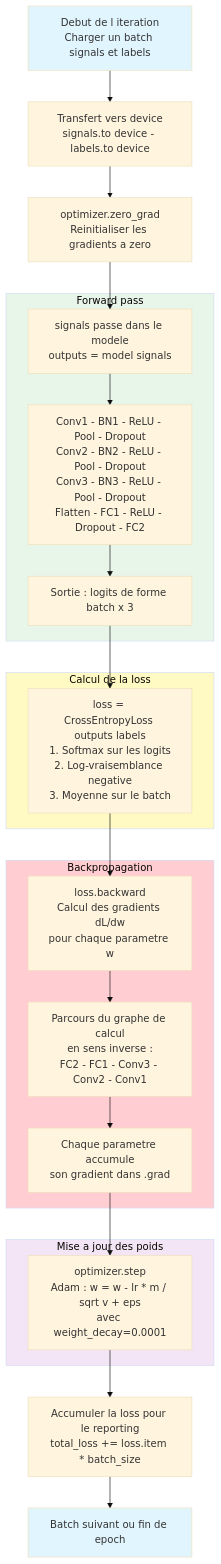
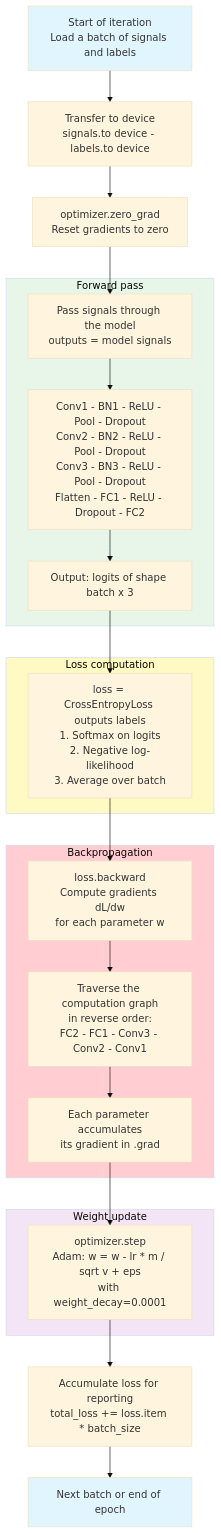
The second of 3 diagrams in architecture_et_entrainement.md (juju27fun/SMI_CNN_limitations), drawn with Mermaid (base theme) before and after one commit. The commit also changed other lines of this file and 49 other files, not shown here.

````diff
--- a/architecture_et_entrainement.md
+++ b/architecture_et_entrainement.md
@@ -76,43 +76,43 @@
 ```mermaid
 graph TD
-    START["Debut de l iteration<br/>Charger un batch signals et labels"]
-    TO_DEVICE["Transfert vers device<br/>signals.to device - labels.to device"]
-    ZERO_GRAD["optimizer.zero_grad<br/>Reinitialiser les gradients a zero"]
+    START["Start of iteration<br/>Load a batch of signals and labels"]
+    TO_DEVICE["Transfer to device<br/>signals.to device - labels.to device"]
+    ZERO_GRAD["optimizer.zero_grad<br/>Reset gradients to zero"]
 
     subgraph FORWARD["Forward pass"]
-        FWD1["signals passe dans le modele<br/>outputs = model signals"]
+        FWD1["Pass signals through the model<br/>outputs = model signals"]
         FWD2["Conv1 - BN1 - ReLU - Pool - Dropout<br/>Conv2 - BN2 - ReLU - Pool - Dropout<br/>Conv3 - BN3 - ReLU - Pool - Dropout<br/>Flatten - FC1 - ReLU - Dropout - FC2"]
-        FWD3["Sortie : logits de forme batch x 3"]
+        FWD3["Output: logits of shape batch x 3"]
     end
 
-    subgraph LOSS_CALC["Calcul de la loss"]
-        LOSS["loss = CrossEntropyLoss outputs labels<br/>1. Softmax sur les logits<br/>2. Log-vraisemblance negative<br/>3. Moyenne sur le batch"]
+    subgraph LOSS_CALC["Loss computation"]
+        LOSS["loss = CrossEntropyLoss outputs labels<br/>1. Softmax on logits<br/>2. Negative log-likelihood<br/>3. Average over batch"]
     end
 
     subgraph BACKWARD["Backpropagation"]
-        BACK1["loss.backward<br/>Calcul des gradients dL/dw<br/>pour chaque parametre w"]
-        BACK2["Parcours du graphe de calcul<br/>en sens inverse :<br/>FC2 - FC1 - Conv3 - Conv2 - Conv1"]
-        BACK3["Chaque parametre accumule<br/>son gradient dans .grad"]
+        BACK1["loss.backward<br/>Compute gradients dL/dw<br/>for each parameter w"]
+        BACK2["Traverse the computation graph<br/>in reverse order:<br/>FC2 - FC1 - Conv3 - Conv2 - Conv1"]
+        BACK3["Each parameter accumulates<br/>its gradient in .grad"]
     end
 
-    subgraph UPDATE["Mise a jour des poids"]
-        OPT["optimizer.step<br/>Adam : w = w - lr * m / sqrt v + eps<br/>avec weight_decay=0.0001"]
+    subgraph UPDATE["Weight update"]
+        OPT["optimizer.step<br/>Adam: w = w - lr * m / sqrt v + eps<br/>with weight_decay=0.0001"]
     end
 
-    ACCUM["Accumuler la loss pour le reporting<br/>total_loss += loss.item * batch_size"]
-    NEXT["Batch suivant ou fin de epoch"]
+    ACCUM["Accumulate loss for reporting<br/>total_loss += loss.item * batch_size"]
+    NEXT["Next batch or end of epoch"]
 
     START --> TO_DEVICE --> ZERO_GRAD
     ZERO_GRAD --> FWD1 --> FWD2 --> FWD3
     FWD3 --> LOSS
     LOSS --> BACK1 --> BACK2 --> BACK3
     BACK3 --> OPT
     OPT --> ACCUM --> NEXT
 
     style START fill:#e1f5fe
     style FORWARD fill:#e8f5e9
     style LOSS_CALC fill:#fff9c4
     style BACKWARD fill:#ffcdd2
     style UPDATE fill:#f3e5f5
     style NEXT fill:#e1f5fe
 ```
````
